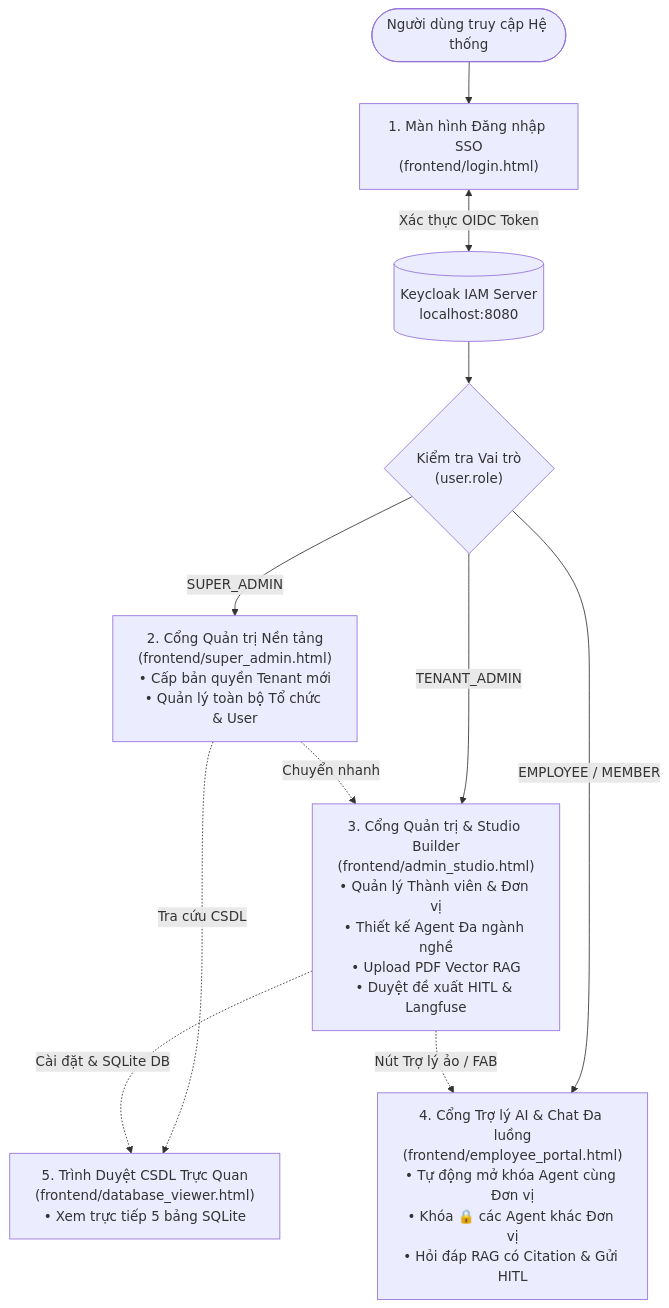
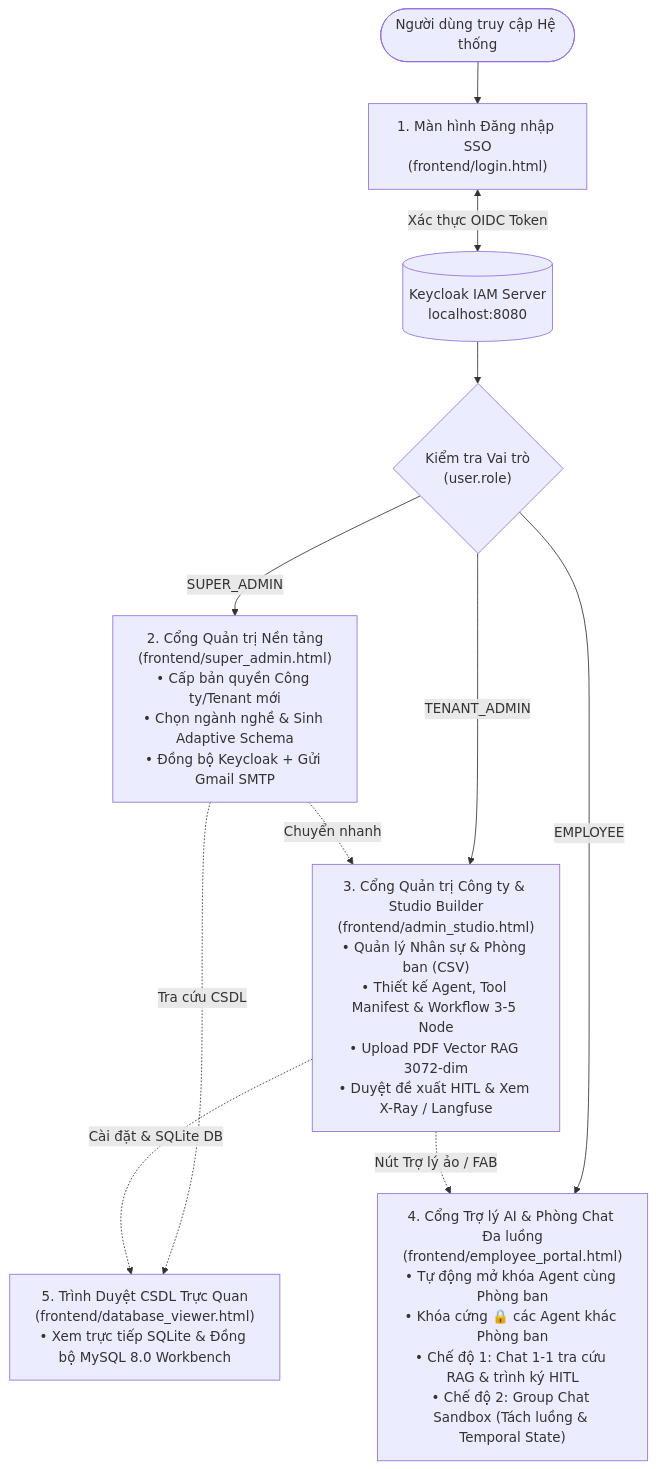
Before and after one commit to DoLyHoangNam/AI20K_T057_CHAT_40_Mini-Agent-Studio: the first of 2 diagrams in Wireframe_UI_Flow.md, drawn with Mermaid. The commit also changed other lines of this file and 2 other files, not shown here.

````diff
--- a/Wireframe_UI_Flow.md
+++ b/Wireframe_UI_Flow.md
@@ -13,15 +14,15 @@
 ```mermaid
 flowchart TD
     Start(["Người dùng truy cập Hệ thống"]) --> Login["1. Màn hình Đăng nhập SSO\n(frontend/login.html)"]
     Login <-->|"Xác thực OIDC Token"| KC[("Keycloak IAM Server\nlocalhost:8080")]
     KC --> RoleCheck{"Kiểm tra Vai trò\n(user.role)"}
 
-    RoleCheck -- "SUPER_ADMIN" --> SA["2. Cổng Quản trị Nền tảng\n(frontend/super_admin.html)\n• Cấp bản quyền Tenant mới\n• Quản lý toàn bộ Tổ chức & User"]
-    RoleCheck -- "TENANT_ADMIN" --> Studio["3. Cổng Quản trị & Studio Builder\n(frontend/admin_studio.html)\n• Quản lý Thành viên & Đơn vị\n• Thiết kế Agent Đa ngành nghề\n• Upload PDF Vector RAG\n• Duyệt đề xuất HITL & Langfuse"]
-    RoleCheck -- "EMPLOYEE / MEMBER" --> Portal["4. Cổng Trợ lý AI & Chat Đa luồng\n(frontend/employee_portal.html)\n• Tự động mở khóa Agent cùng Đơn vị\n• Khóa 🔒 các Agent khác Đơn vị\n• Hỏi đáp RAG có Citation & Gửi HITL"]
+    RoleCheck -- "SUPER_ADMIN" --> SA["2. Cổng Quản trị Nền tảng\n(frontend/super_admin.html)\n• Cấp bản quyền Công ty/Tenant mới\n• Chọn ngành nghề & Sinh Adaptive Schema\n• Đồng bộ Keycloak + Gửi Gmail SMTP"]
+    RoleCheck -- "TENANT_ADMIN" --> Studio["3. Cổng Quản trị Công ty & Studio Builder\n(frontend/admin_studio.html)\n• Quản lý Nhân sự & Phòng ban (CSV)\n• Thiết kế Agent, Tool Manifest & Workflow 3-5 Node\n• Upload PDF Vector RAG 3072-dim\n• Duyệt đề xuất HITL & Xem X-Ray / Langfuse"]
+    RoleCheck -- "EMPLOYEE" --> Portal["4. Cổng Trợ lý AI & Phòng Chat Đa luồng\n(frontend/employee_portal.html)\n• Tự động mở khóa Agent cùng Phòng ban\n• Khóa cứng 🔒 các Agent khác Phòng ban\n• Chế độ 1: Chat 1-1 tra cứu RAG & trình ký HITL\n• Chế độ 2: Group Chat Sandbox (Tách luồng & Temporal State)"]
 
     SA -.->|"Chuyển nhanh"| Studio
-    SA -.->|"Tra cứu CSDL"| DB["5. Trình Duyệt CSDL Trực Quan\n(frontend/database_viewer.html)\n• Xem trực tiếp 5 bảng SQLite"]
+    SA -.->|"Tra cứu CSDL"| DB["5. Trình Duyệt CSDL Trực Quan\n(frontend/database_viewer.html)\n• Xem trực tiếp SQLite & Đồng bộ MySQL 8.0 Workbench"]
     Studio -.->|"Cài đặt & SQLite DB"| DB
     Studio -.->|"Nút Trợ lý ảo / FAB"| Portal
 ```
````
